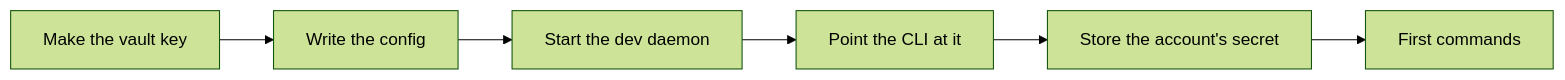
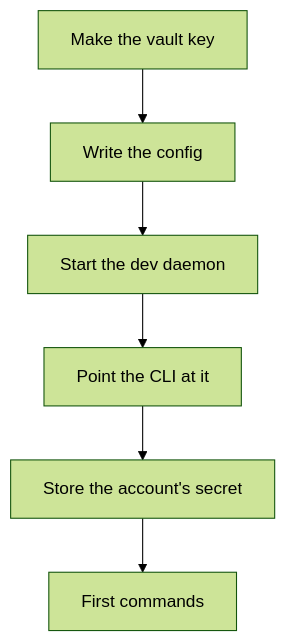
One commit to yaklabco/chainmail changed the diagram in website/docs/getting-started/quick-start.mdx. Above: the diagram before and after it, drawn with Mermaid (forest theme). The commit also changed 19 other files, not shown here.

First line of the commit message:
docs(website): restyle tables and diagrams to match the site (#37)

````diff
--- a/website/docs/getting-started/quick-start.mdx
+++ b/website/docs/getting-started/quick-start.mdx
@@ -16,8 +16,8 @@
 ```mermaid
-flowchart LR
+flowchart TD
   A[Make the vault key] --> B[Write the config]
   B --> C[Start the dev daemon]
   C --> D[Point the CLI at it]
   D --> E[Store the account's secret]
   E --> F[First commands]
 ```
````
